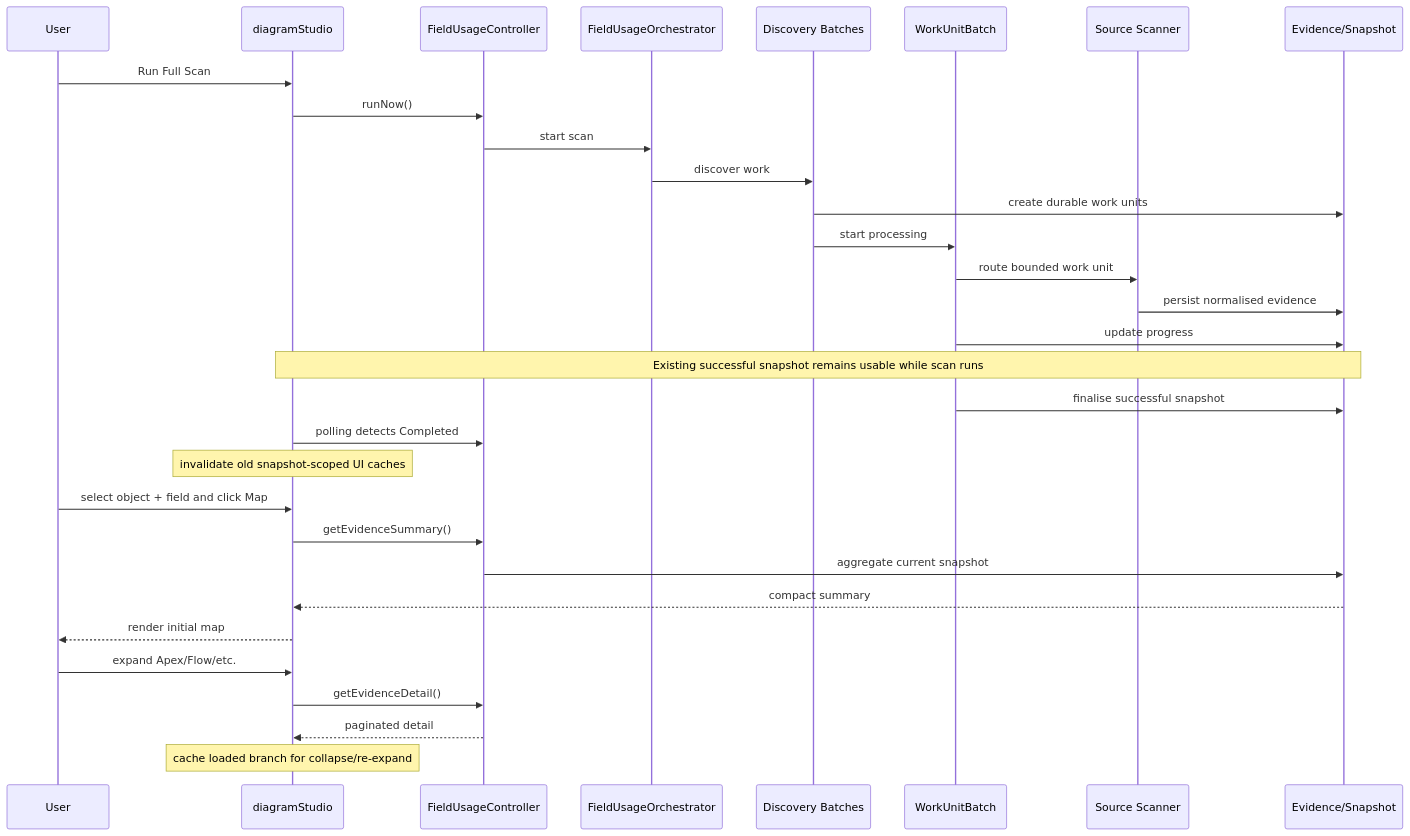
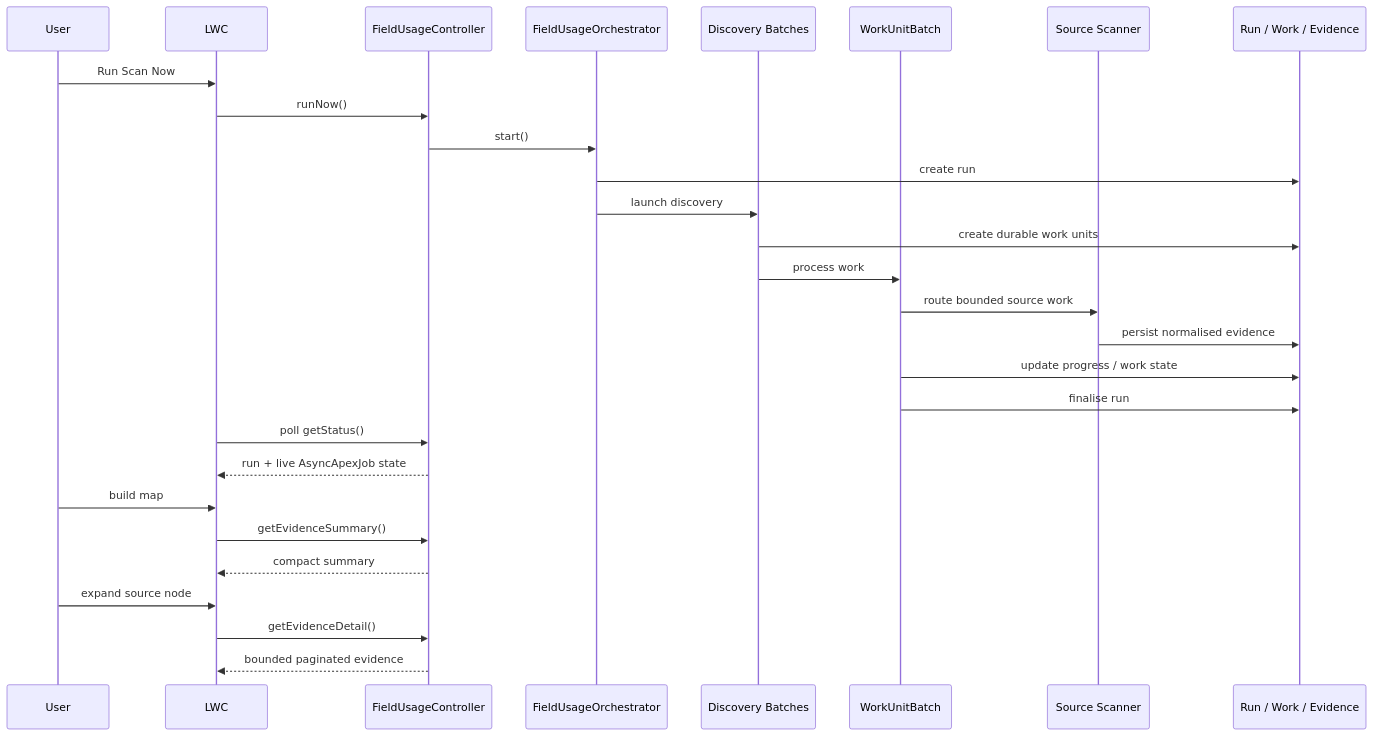
Before and after one commit to vikascohen/Salesforce-ER-Modeller-Studio: the second of 3 diagrams in docs/FIELD_USAGE_ARCHITECTURE.md, drawn with Mermaid. The commit also changed other lines of this file, not shown here.

Commit message:
Update Version 3 Field Usage architecture documentation

````diff
--- a/docs/FIELD_USAGE_ARCHITECTURE.md
+++ b/docs/FIELD_USAGE_ARCHITECTURE.md
@@ -61,33 +64,31 @@
 ```mermaid
 sequenceDiagram
     participant User
-    participant LWC as diagramStudio
+    participant UI as LWC
     participant Controller as FieldUsageController
     participant Orchestrator as FieldUsageOrchestrator
     participant Discovery as Discovery Batches
-    participant Work as WorkUnitBatch
+    participant Worker as WorkUnitBatch
     participant Scanner as Source Scanner
-    participant DB as Evidence/Snapshot
-    User->>LWC: Run Full Scan
-    LWC->>Controller: runNow()
-    Controller->>Orchestrator: start scan
-    Orchestrator->>Discovery: discover work
-    Discovery->>DB: create durable work units
-    Discovery->>Work: start processing
-    Work->>Scanner: route bounded work unit
-    Scanner->>DB: persist normalised evidence
-    Work->>DB: update progress
-    Note over LWC,DB: Existing successful snapshot remains usable while scan runs
-    Work->>DB: finalise successful snapshot
-    LWC->>Controller: polling detects Completed
-    Note over LWC: invalidate old snapshot-scoped UI caches
-    User->>LWC: select object + field and click Map
-    LWC->>Controller: getEvidenceSummary()
-    Controller->>DB: aggregate current snapshot
-    DB-->>LWC: compact summary
-    LWC-->>User: render initial map
-    User->>LWC: expand Apex/Flow/etc.
-    LWC->>Controller: getEvidenceDetail()
-    Controller-->>LWC: paginated detail
-    Note over LWC: cache loaded branch for collapse/re-expand
+    participant Store as Run / Work / Evidence
+
+    User->>UI: Run Scan Now
+    UI->>Controller: runNow()
+    Controller->>Orchestrator: start()
+    Orchestrator->>Store: create run
+    Orchestrator->>Discovery: launch discovery
+    Discovery->>Store: create durable work units
+    Discovery->>Worker: process work
+    Worker->>Scanner: route bounded source work
+    Scanner->>Store: persist normalised evidence
+    Worker->>Store: update progress / work state
+    Worker->>Store: finalise run
+    UI->>Controller: poll getStatus()
+    Controller-->>UI: run + live AsyncApexJob state
+    User->>UI: build map
+    UI->>Controller: getEvidenceSummary()
+    Controller-->>UI: compact summary
+    User->>UI: expand source node
+    UI->>Controller: getEvidenceDetail()
+    Controller-->>UI: bounded paginated evidence
 ```
````
